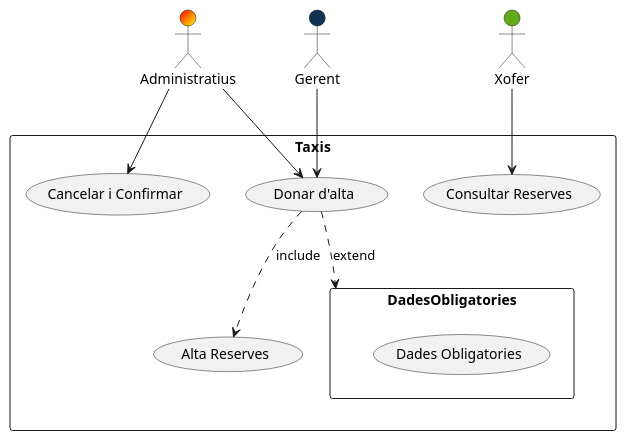
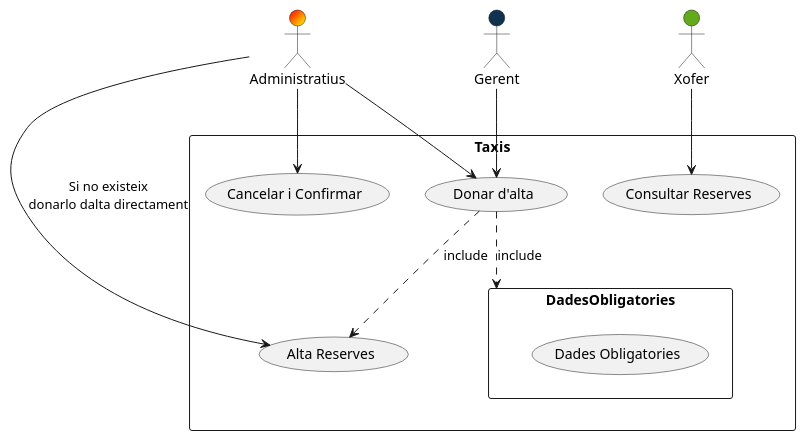
One commit to elbacalau/M05_UML changed the diagram in act3-2.plantuml. Above: the diagram before and after it, drawn with PlantUML.

```diff
--- a/act3-2.plantuml
+++ b/act3-2.plantuml
@@ -1,27 +1,30 @@
 @startuml
 
 actor Administratius #FF0000/FFFF00
 actor Xofer #62AA1A
 actor Gerent #0E3250
 
 rectangle Taxis {
     
     usecase "Donar d'alta" as donaAlta
     usecase "Alta Reserves" as altaReserves
     usecase "Cancelar i Confirmar" as cancelaConfirmar
     usecase "Consultar Reserves" as consultarReserves
 
     donaAlta ..> altaReserves : include
-    donaAlta ..> DadesObligatories : extend
+    donaAlta ..> DadesObligatories : include
 
     rectangle DadesObligatories {
         usecase "Dades Obligatories" as dob
     }
 }
 
+
 Administratius --> donaAlta
 Administratius --> cancelaConfirmar
+Administratius --> altaReserves : Si no existeix\ndonarlo dalta directament
+
 Gerent --> donaAlta
 Xofer --> consultarReserves
 
 @enduml
```
